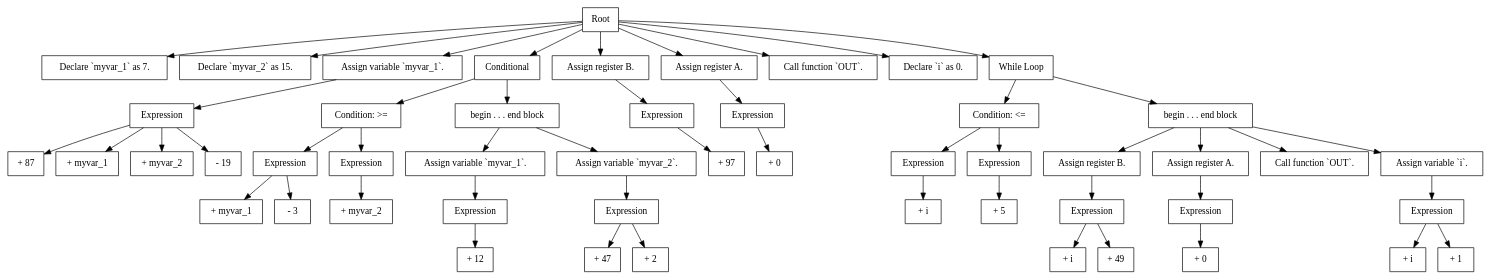
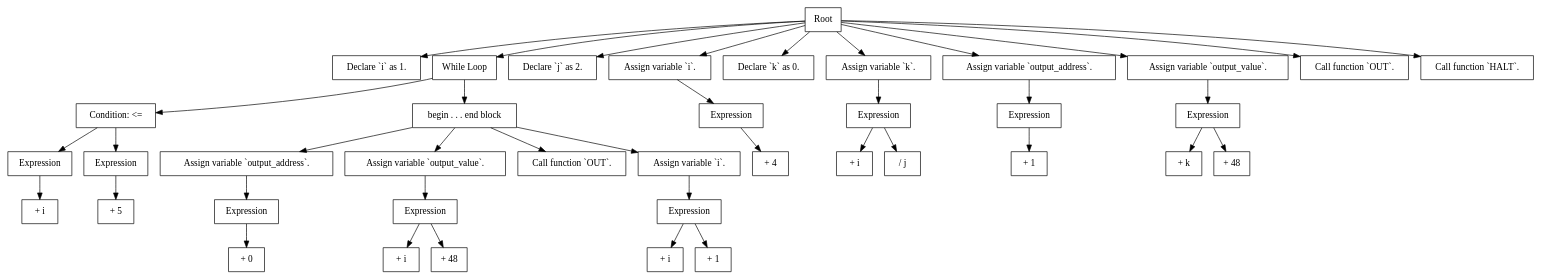
Before and after one commit to featherfeet/oliver-risc: the diagram in toolchain/compiler/build/graph_temp.dot, drawn with Graphviz. The commit also changed 29 other files, not shown here.

Commit message:
Added multiply/divide/modulus to compiler. Fixed compiler bug that caused it to output duplicate labels when WHILE's were inside of IF's.

```diff
--- a/toolchain/compiler/build/graph_temp.dot
+++ b/toolchain/compiler/build/graph_temp.dot
@@ -1,103 +1,79 @@
 digraph ast {
     "0" [label="Root", shape=box];
-    "0_0" [label="Declare `myvar_1` as 7.", shape=box];
+    "0_0" [label="Declare `i` as 1.", shape=box];
     "0" -> "0_0";
-    "0_1" [label="Declare `myvar_2` as 15.", shape=box];
+    "0_1" [label="While Loop", shape=box];
+    "0_1_0" [label="Condition: <=", shape=box];
+    "0_1_0_0" [label="Expression", shape=box];
+    "0_1_0_0_0" [label="+ i", shape=box];
+    "0_1_0_0" -> "0_1_0_0_0";
+    "0_1_0" -> "0_1_0_0";
+    "0_1_0_1" [label="Expression", shape=box];
+    "0_1_0_1_0" [label="+ 5", shape=box];
+    "0_1_0_1" -> "0_1_0_1_0";
+    "0_1_0" -> "0_1_0_1";
+    "0_1" -> "0_1_0";
+    "0_1_1" [label="begin . . . end block", shape=box];
+    "0_1_1_0" [label="Assign variable `output_address`.", shape=box];
+    "0_1_1_0_0" [label="Expression", shape=box];
+    "0_1_1_0_0_0" [label="+ 0", shape=box];
+    "0_1_1_0_0" -> "0_1_1_0_0_0";
+    "0_1_1_0" -> "0_1_1_0_0";
+    "0_1_1" -> "0_1_1_0";
+    "0_1_1_1" [label="Assign variable `output_value`.", shape=box];
+    "0_1_1_1_0" [label="Expression", shape=box];
+    "0_1_1_1_0_0" [label="+ i", shape=box];
+    "0_1_1_1_0" -> "0_1_1_1_0_0";
+    "0_1_1_1_0_1" [label="+ 48", shape=box];
+    "0_1_1_1_0" -> "0_1_1_1_0_1";
+    "0_1_1_1" -> "0_1_1_1_0";
+    "0_1_1" -> "0_1_1_1";
+    "0_1_1_2" [label="Call function `OUT`.", shape=box];
+    "0_1_1" -> "0_1_1_2";
+    "0_1_1_3" [label="Assign variable `i`.", shape=box];
+    "0_1_1_3_0" [label="Expression", shape=box];
+    "0_1_1_3_0_0" [label="+ i", shape=box];
+    "0_1_1_3_0" -> "0_1_1_3_0_0";
+    "0_1_1_3_0_1" [label="+ 1", shape=box];
+    "0_1_1_3_0" -> "0_1_1_3_0_1";
+    "0_1_1_3" -> "0_1_1_3_0";
+    "0_1_1" -> "0_1_1_3";
+    "0_1" -> "0_1_1";
     "0" -> "0_1";
-    "0_2" [label="Assign variable `myvar_1`.", shape=box];
-    "0_2_0" [label="Expression", shape=box];
-    "0_2_0_0" [label="+ 87", shape=box];
-    "0_2_0" -> "0_2_0_0";
-    "0_2_0_1" [label="+ myvar_1", shape=box];
-    "0_2_0" -> "0_2_0_1";
-    "0_2_0_2" [label="+ myvar_2", shape=box];
-    "0_2_0" -> "0_2_0_2";
-    "0_2_0_3" [label="- 19", shape=box];
-    "0_2_0" -> "0_2_0_3";
-    "0_2" -> "0_2_0";
+    "0_2" [label="Declare `j` as 2.", shape=box];
     "0" -> "0_2";
-    "0_3" [label="Conditional", shape=box];
-    "0_3_0" [label="Condition: >=", shape=box];
-    "0_3_0_0" [label="Expression", shape=box];
-    "0_3_0_0_0" [label="+ myvar_1", shape=box];
-    "0_3_0_0" -> "0_3_0_0_0";
-    "0_3_0_0_1" [label="- 3", shape=box];
-    "0_3_0_0" -> "0_3_0_0_1";
+    "0_3" [label="Assign variable `i`.", shape=box];
+    "0_3_0" [label="Expression", shape=box];
+    "0_3_0_0" [label="+ 4", shape=box];
     "0_3_0" -> "0_3_0_0";
-    "0_3_0_1" [label="Expression", shape=box];
-    "0_3_0_1_0" [label="+ myvar_2", shape=box];
-    "0_3_0_1" -> "0_3_0_1_0";
-    "0_3_0" -> "0_3_0_1";
     "0_3" -> "0_3_0";
-    "0_3_1" [label="begin . . . end block", shape=box];
-    "0_3_1_0" [label="Assign variable `myvar_1`.", shape=box];
-    "0_3_1_0_0" [label="Expression", shape=box];
-    "0_3_1_0_0_0" [label="+ 12", shape=box];
-    "0_3_1_0_0" -> "0_3_1_0_0_0";
-    "0_3_1_0" -> "0_3_1_0_0";
-    "0_3_1" -> "0_3_1_0";
-    "0_3_1_1" [label="Assign variable `myvar_2`.", shape=box];
-    "0_3_1_1_0" [label="Expression", shape=box];
-    "0_3_1_1_0_0" [label="+ 47", shape=box];
-    "0_3_1_1_0" -> "0_3_1_1_0_0";
-    "0_3_1_1_0_1" [label="+ 2", shape=box];
-    "0_3_1_1_0" -> "0_3_1_1_0_1";
-    "0_3_1_1" -> "0_3_1_1_0";
-    "0_3_1" -> "0_3_1_1";
-    "0_3" -> "0_3_1";
     "0" -> "0_3";
-    "0_4" [label="Assign register B.", shape=box];
-    "0_4_0" [label="Expression", shape=box];
-    "0_4_0_0" [label="+ 97", shape=box];
-    "0_4_0" -> "0_4_0_0";
-    "0_4" -> "0_4_0";
+    "0_4" [label="Declare `k` as 0.", shape=box];
     "0" -> "0_4";
-    "0_5" [label="Assign register A.", shape=box];
+    "0_5" [label="Assign variable `k`.", shape=box];
     "0_5_0" [label="Expression", shape=box];
-    "0_5_0_0" [label="+ 0", shape=box];
+    "0_5_0_0" [label="+ i", shape=box];
     "0_5_0" -> "0_5_0_0";
+    "0_5_0_1" [label="/ j", shape=box];
+    "0_5_0" -> "0_5_0_1";
     "0_5" -> "0_5_0";
     "0" -> "0_5";
-    "0_6" [label="Call function `OUT`.", shape=box];
+    "0_6" [label="Assign variable `output_address`.", shape=box];
+    "0_6_0" [label="Expression", shape=box];
+    "0_6_0_0" [label="+ 1", shape=box];
+    "0_6_0" -> "0_6_0_0";
+    "0_6" -> "0_6_0";
     "0" -> "0_6";
-    "0_7" [label="Declare `i` as 0.", shape=box];
+    "0_7" [label="Assign variable `output_value`.", shape=box];
+    "0_7_0" [label="Expression", shape=box];
+    "0_7_0_0" [label="+ k", shape=box];
+    "0_7_0" -> "0_7_0_0";
+    "0_7_0_1" [label="+ 48", shape=box];
+    "0_7_0" -> "0_7_0_1";
+    "0_7" -> "0_7_0";
     "0" -> "0_7";
-    "0_8" [label="While Loop", shape=box];
-    "0_8_0" [label="Condition: <=", shape=box];
-    "0_8_0_0" [label="Expression", shape=box];
-    "0_8_0_0_0" [label="+ i", shape=box];
-    "0_8_0_0" -> "0_8_0_0_0";
-    "0_8_0" -> "0_8_0_0";
-    "0_8_0_1" [label="Expression", shape=box];
-    "0_8_0_1_0" [label="+ 5", shape=box];
-    "0_8_0_1" -> "0_8_0_1_0";
-    "0_8_0" -> "0_8_0_1";
-    "0_8" -> "0_8_0";
-    "0_8_1" [label="begin . . . end block", shape=box];
-    "0_8_1_0" [label="Assign register B.", shape=box];
-    "0_8_1_0_0" [label="Expression", shape=box];
-    "0_8_1_0_0_0" [label="+ i", shape=box];
-    "0_8_1_0_0" -> "0_8_1_0_0_0";
-    "0_8_1_0_0_1" [label="+ 49", shape=box];
-    "0_8_1_0_0" -> "0_8_1_0_0_1";
-    "0_8_1_0" -> "0_8_1_0_0";
-    "0_8_1" -> "0_8_1_0";
-    "0_8_1_1" [label="Assign register A.", shape=box];
-    "0_8_1_1_0" [label="Expression", shape=box];
-    "0_8_1_1_0_0" [label="+ 0", shape=box];
-    "0_8_1_1_0" -> "0_8_1_1_0_0";
-    "0_8_1_1" -> "0_8_1_1_0";
-    "0_8_1" -> "0_8_1_1";
-    "0_8_1_2" [label="Call function `OUT`.", shape=box];
-    "0_8_1" -> "0_8_1_2";
-    "0_8_1_3" [label="Assign variable `i`.", shape=box];
-    "0_8_1_3_0" [label="Expression", shape=box];
-    "0_8_1_3_0_0" [label="+ i", shape=box];
-    "0_8_1_3_0" -> "0_8_1_3_0_0";
-    "0_8_1_3_0_1" [label="+ 1", shape=box];
-    "0_8_1_3_0" -> "0_8_1_3_0_1";
-    "0_8_1_3" -> "0_8_1_3_0";
-    "0_8_1" -> "0_8_1_3";
-    "0_8" -> "0_8_1";
+    "0_8" [label="Call function `OUT`.", shape=box];
     "0" -> "0_8";
+    "0_9" [label="Call function `HALT`.", shape=box];
+    "0" -> "0_9";
 }
```
